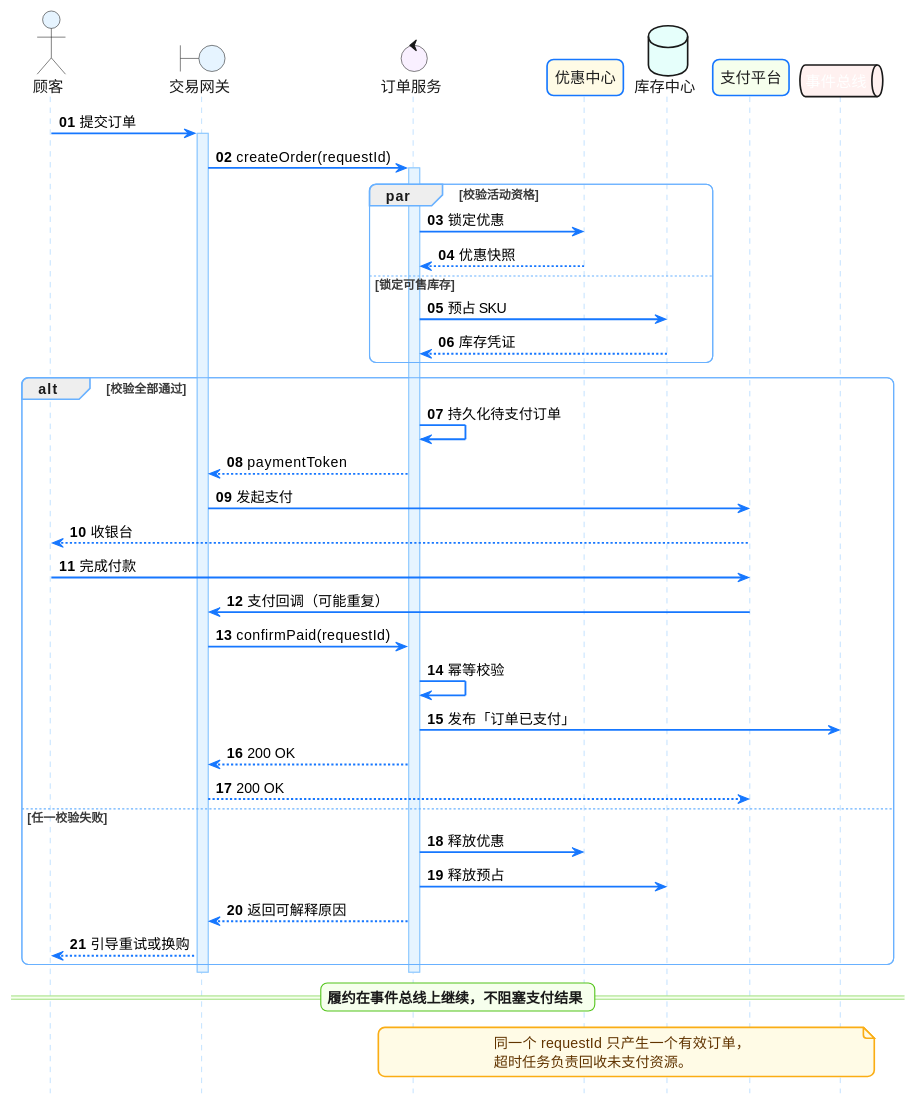
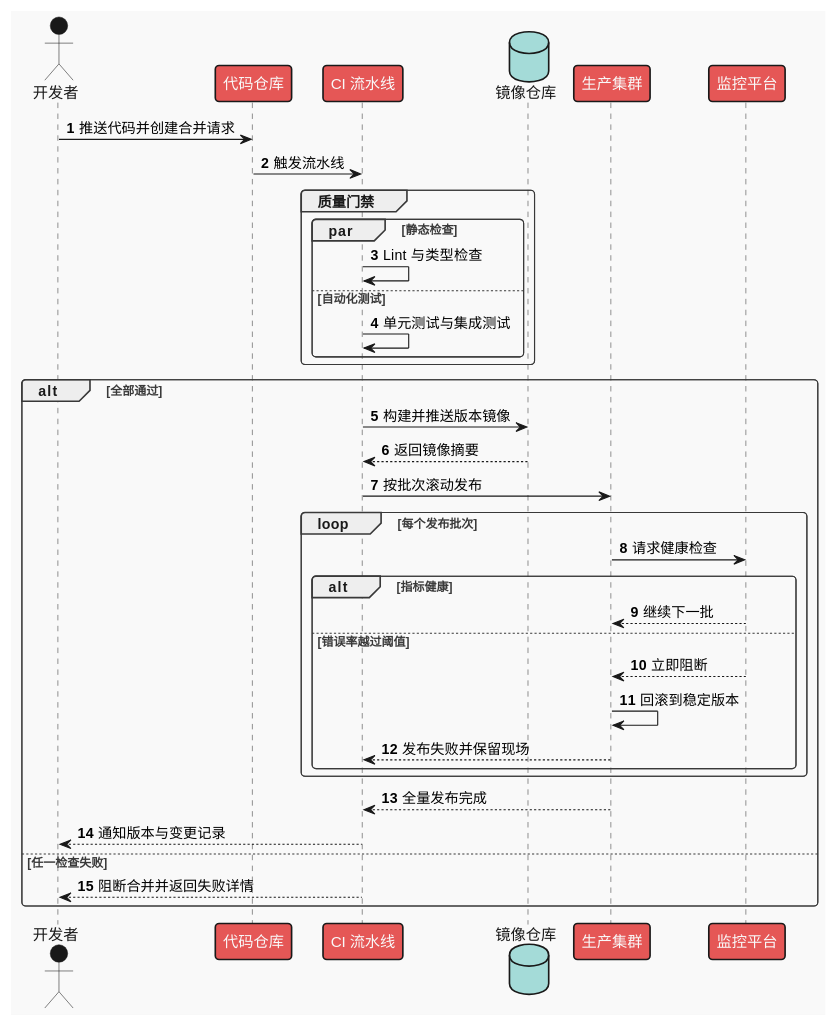
The second of 2 diagrams in examples/visualization-showcase.md (def-peter/fuxian), drawn with PlantUML before and after one commit. The commit also changed other lines of this file and 19 other files, not shown here.

````diff
--- a/examples/visualization-showcase.md
+++ b/examples/visualization-showcase.md
@@ -74,77 +45,45 @@
 ```plantuml
 @startuml
 !theme mars
-skinparam backgroundColor transparent
-skinparam shadowing false
-skinparam roundcorner 12
-skinparam defaultFontName Sans-Serif
-hide footbox
-skinparam sequence {
-  ArrowColor #1677FF
-  ArrowThickness 1.7
-  LifeLineBorderColor #91CAFF
-  LifeLineBackgroundColor #E6F4FF
-  ParticipantBorderColor #1677FF
-  ParticipantBackgroundColor #E6F4FF
-  ParticipantFontColor #1F1F1F
-  GroupBorderColor #69B1FF
-  GroupHeaderBackgroundColor #EAF1FF
-  DividerBackgroundColor #F6FFED
-  DividerBorderColor #52C41A
-}
-skinparam note {
-  BackgroundColor #FFFBE6
-  BorderColor #FAAD14
-  FontColor #613400
-}
+autonumber
+actor "开发者" as Dev
+participant "代码仓库" as Repo
+participant "CI 流水线" as CI
+database "镜像仓库" as Registry
+participant "生产集群" as Cluster
+participant "监控平台" as Monitor
 
-autonumber "<b>00</b>"
-actor "顾客" as Customer #E6F4FF
-boundary "交易网关" as Gateway #E6F4FF
-control "订单服务" as Order #F9F0FF
-participant "优惠中心" as Promo #FFFBE6
-database "库存中心" as Stock #E6FFFB
-participant "支付平台" as Pay #F6FFED
-queue "事件总线" as Bus #FFF1F0
+Dev -> Repo : 推送代码并创建合并请求
+Repo -> CI : 触发流水线
 
-Customer -> Gateway : 提交订单
-activate Gateway
-Gateway -> Order : createOrder(requestId)
-activate Order
-
-par 校验活动资格
-  Order -> Promo : 锁定优惠
-  Promo --> Order : 优惠快照
-else 锁定可售库存
-  Order -> Stock : 预占 SKU
-  Stock --> Order : 库存凭证
+group 质量门禁
+  par 静态检查
+    CI -> CI : Lint 与类型检查
+  else 自动化测试
+    CI -> CI : 单元测试与集成测试
+  end
 end
 
-alt 校验全部通过
-  Order -> Order : 持久化待支付订单
-  Order --> Gateway : paymentToken
-  Gateway -> Pay : 发起支付
-  Pay --> Customer : 收银台
-  Customer -> Pay : 完成付款
-  Pay -> Gateway : 支付回调（可能重复）
-  Gateway -> Order : confirmPaid(requestId)
-  Order -> Order : 幂等校验
-  Order -> Bus : 发布「订单已支付」
-  Order --> Gateway : 200 OK
-  Gateway --> Pay : 200 OK
-else 任一校验失败
-  Order -> Promo : 释放优惠
-  Order -> Stock : 释放预占
-  Order --> Gateway : 返回可解释原因
-  Gateway --> Customer : 引导重试或换购
+alt 全部通过
+  CI -> Registry : 构建并推送版本镜像
+  Registry --> CI : 返回镜像摘要
+  CI -> Cluster : 按批次滚动发布
+
+  loop 每个发布批次
+    Cluster -> Monitor : 请求健康检查
+    alt 指标健康
+      Monitor --> Cluster : 继续下一批
+    else 错误率越过阈值
+      Monitor --> Cluster : 立即阻断
+      Cluster -> Cluster : 回滚到稳定版本
+      Cluster --> CI : 发布失败并保留现场
+    end
+  end
+
+  Cluster --> CI : 全量发布完成
+  CI --> Dev : 通知版本与变更记录
+else 任一检查失败
+  CI --> Dev : 阻断合并并返回失败详情
 end
-
-deactivate Order
-deactivate Gateway
-== 履约在事件总线上继续，不阻塞支付结果 ==
-note over Order,Bus
-同一个 requestId 只产生一个有效订单，
-超时任务负责回收未支付资源。
-end note
 @enduml
 ```
````
